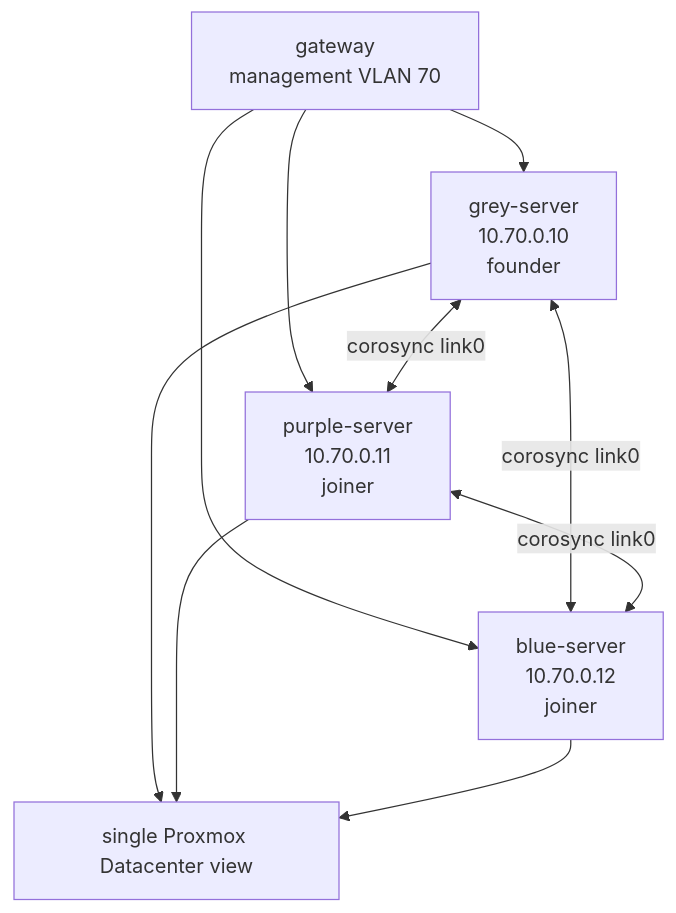
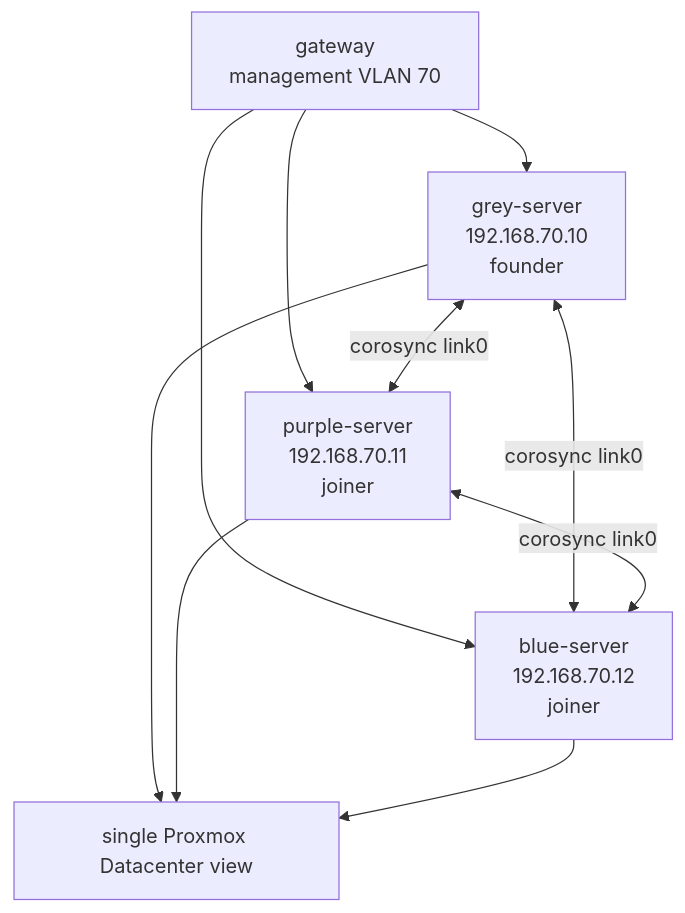
Before and after one commit to Duresa7/Labs: the diagram in projects/08-proxmox-cluster-build/README.md, drawn with Mermaid. The commit also changed other lines of this file and 20 other files, not shown here.

````diff
--- a/projects/08-proxmox-cluster-build/README.md
+++ b/projects/08-proxmox-cluster-build/README.md
@@ -18,18 +18,18 @@
 ```mermaid
 flowchart TD
     GW["gateway<br/>management VLAN 70"]
-    G["grey-server<br/>10.70.0.10<br/>founder"]
-    P["purple-server<br/>10.70.0.11<br/>joiner"]
-    B["blue-server<br/>10.70.0.12<br/>joiner"]
+    G["grey-server<br/>192.168.70.10<br/>founder"]
+    P["purple-server<br/>192.168.70.11<br/>joiner"]
+    B["blue-server<br/>192.168.70.12<br/>joiner"]
     UI["single Proxmox Datacenter view"]
 
     GW --> G
     GW --> P
     GW --> B
     G <-->|corosync link0| P
     G <-->|corosync link0| B
     P <-->|corosync link0| B
     G --> UI
     P --> UI
     B --> UI
 ```
````
